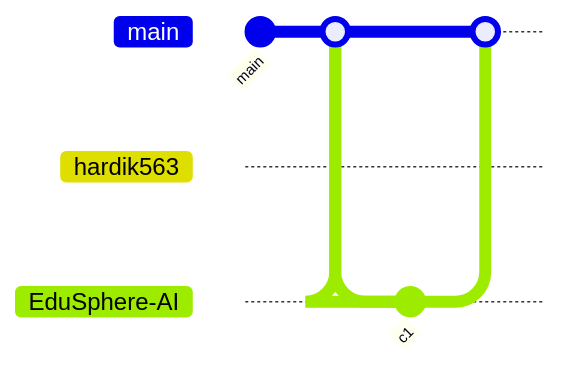
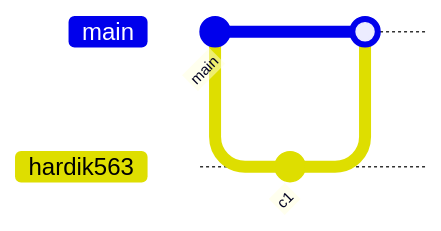
The diagram in README.md (hardik563/hardik563), drawn with Mermaid before and after one commit. The commit also changed other lines of this file and 16 other files, not shown here.

````diff
--- a/README.md
+++ b/README.md
@@ -348,14 +348,9 @@
 ```mermaid
 gitGraph
    commit id: "main"
    branch hardik563
    checkout hardik563
    commit id: "c1"
    checkout main
    merge hardik563
-   branch EduSphere-AI
-   checkout EduSphere-AI
-   commit id: "c1"
-   checkout main
-   merge EduSphere-AI
 ```
````
